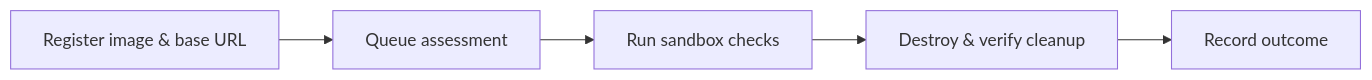
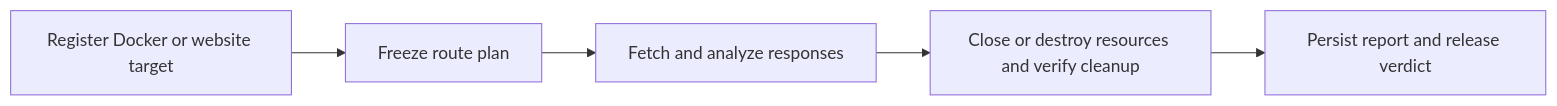
The diagram in README.md (seireth/seireth), drawn with Mermaid before and after one commit. The commit also changed other lines of this file and 115 other files, not shown here.

First line of the commit message:
feat: unify Docker and website assessment workflows

````diff
--- a/README.md
+++ b/README.md
@@ -30,7 +31,7 @@
 ```mermaid
 flowchart LR
-    A[Register image & base URL] --> B[Queue assessment]
-    B --> C[Run sandbox checks]
-    C --> D[Destroy & verify cleanup]
-    D --> E[Record outcome]
+    A[Register Docker or website target] --> B[Freeze route plan]
+    B --> C[Fetch and analyze responses]
+    C --> D[Close or destroy resources and verify cleanup]
+    D --> E[Persist report and release verdict]
 ```
````
